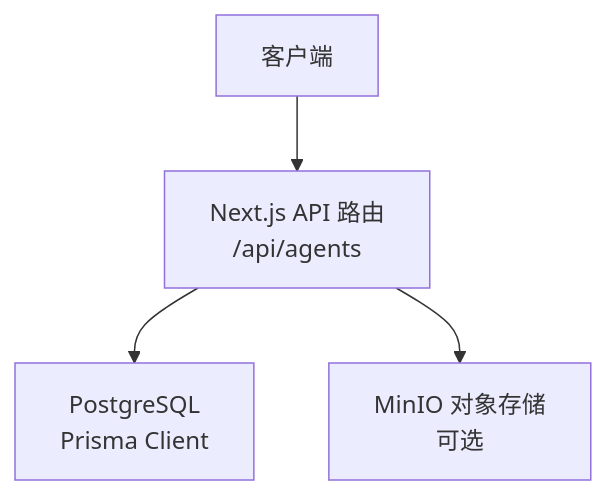
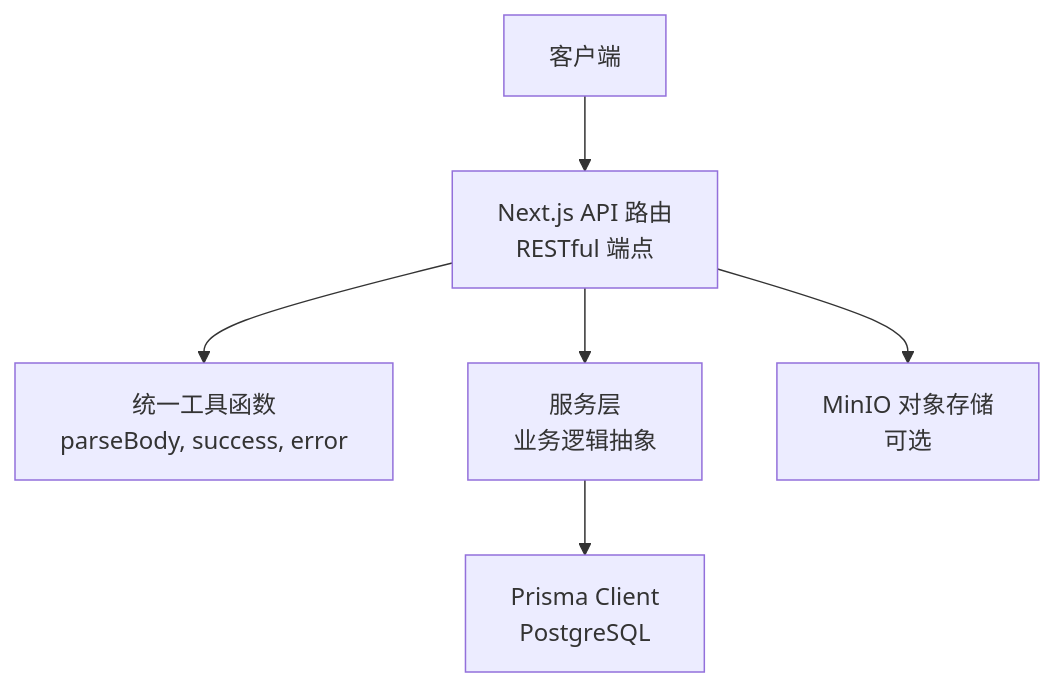
One commit to ai-guru-global/agent-up changed the first of 4 diagrams in .qoder/repowiki/zh/content/API 接口文档.md. Above: the diagram before and after it, drawn with Mermaid. The commit also changed other lines of this file and 57 other files, not shown here.

````diff
--- a/.qoder/repowiki/zh/content/API 接口文档.md
+++ b/.qoder/repowiki/zh/content/API 接口文档.md
@@ -35,6 +57,8 @@
 ```mermaid
 graph TB
-Client["客户端"] --> API["Next.js API 路由<br/>/api/agents"]
-API --> DB["PostgreSQL<br/>Prisma Client"]
+Client["客户端"] --> API["Next.js API 路由<br/>RESTful 端点"]
+API --> Utils["统一工具函数<br/>parseBody, success, error"]
+API --> Services["服务层<br/>业务逻辑抽象"]
+Services --> DB["Prisma Client<br/>PostgreSQL"]
 API --> Storage["MinIO 对象存储<br/>可选"]
 ```
````
